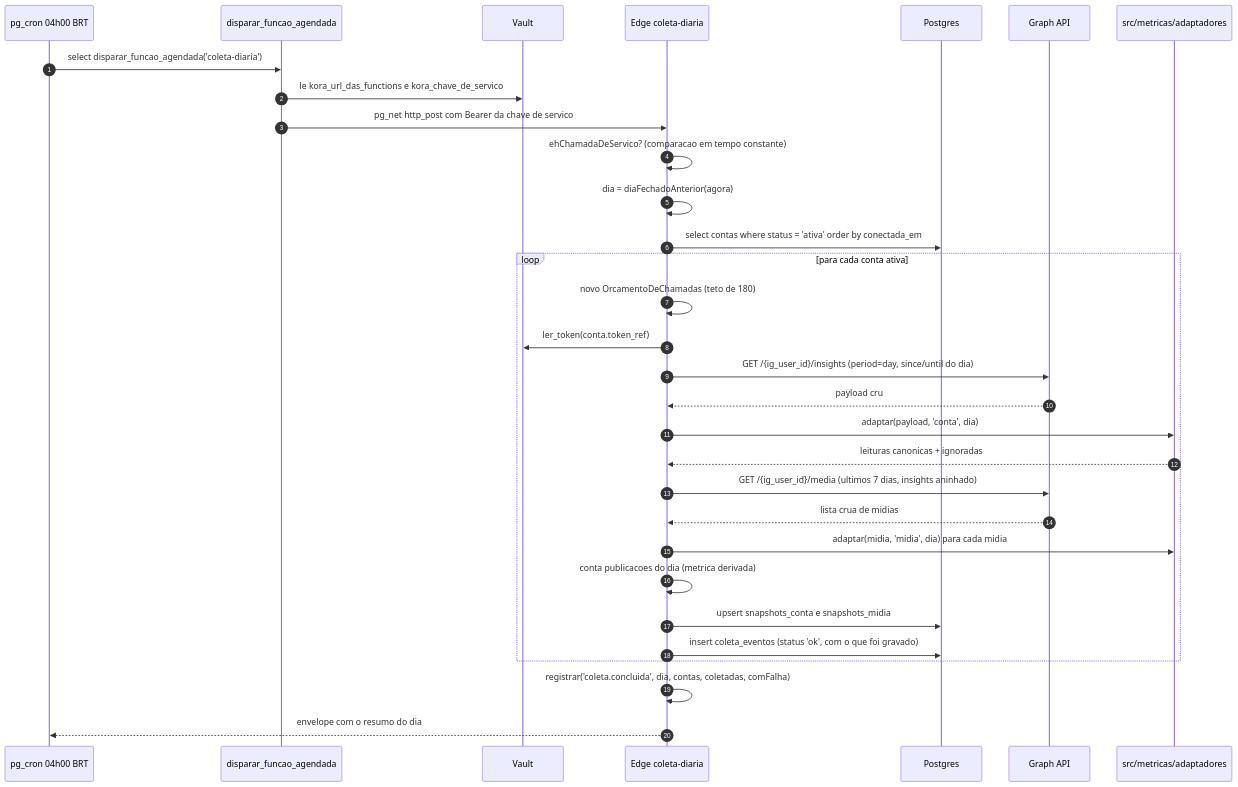
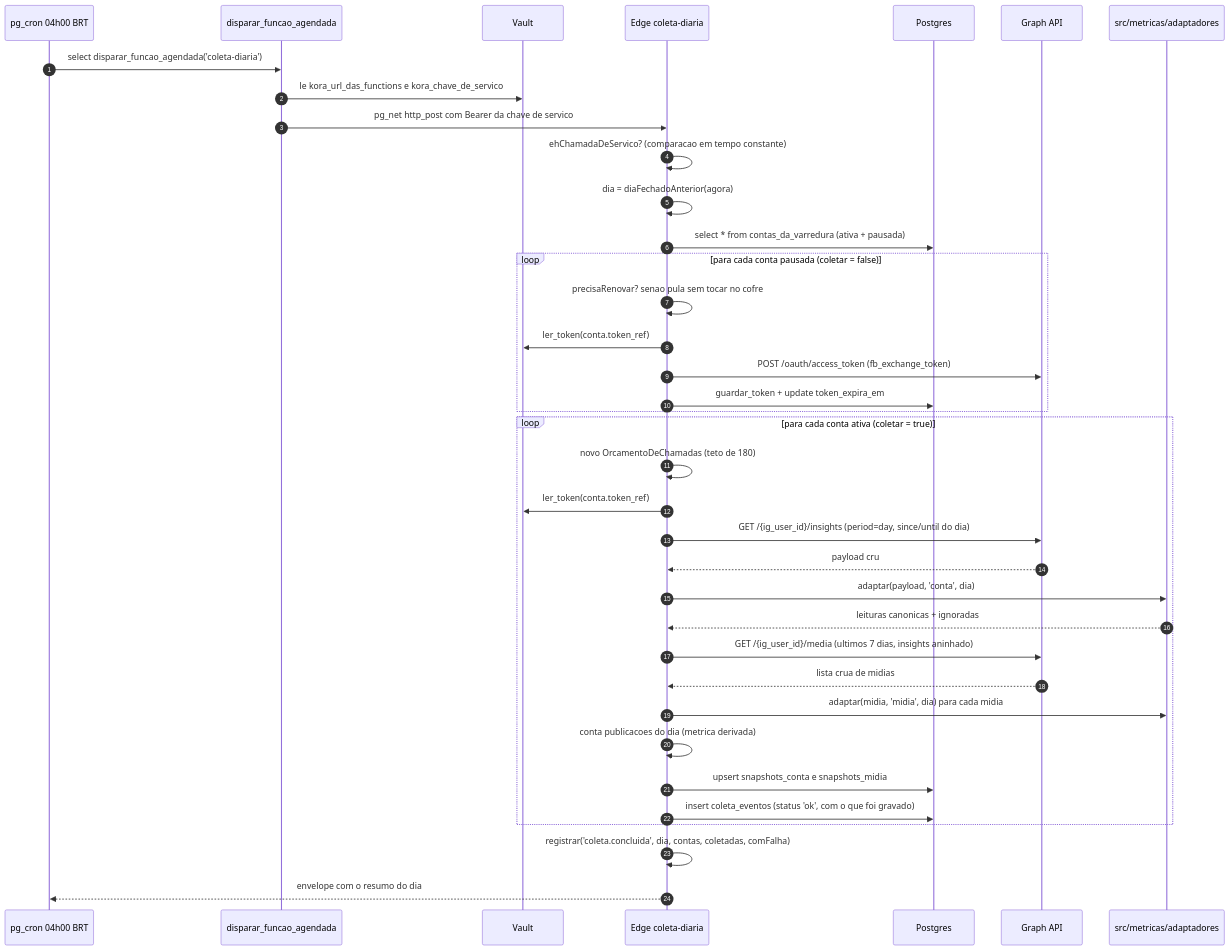
The first of 3 diagrams in docs/05_FLUXOS/fluxo-coleta.md (korabusinessnetwork/kora-insights), drawn with Mermaid before and after one commit. The commit also changed other lines of this file and 15 other files, not shown here.

````diff
--- a/docs/05_FLUXOS/fluxo-coleta.md
+++ b/docs/05_FLUXOS/fluxo-coleta.md
@@ -14,36 +14,43 @@
 ```mermaid
 sequenceDiagram
     autonumber
     participant Cron as pg_cron 04h00 BRT
     participant Disparo as disparar_funcao_agendada
     participant Vault
     participant Funcao as Edge coleta-diaria
     participant PG as Postgres
     participant Meta as Graph API
     participant Adaptador as src/metricas/adaptadores
 
     Cron->>Disparo: select disparar_funcao_agendada('coleta-diaria')
     Disparo->>Vault: le kora_url_das_functions e kora_chave_de_servico
     Disparo->>Funcao: pg_net http_post com Bearer da chave de servico
     Funcao->>Funcao: ehChamadaDeServico? (comparacao em tempo constante)
     Funcao->>Funcao: dia = diaFechadoAnterior(agora)
-    Funcao->>PG: select contas where status = 'ativa' order by conectada_em
+    Funcao->>PG: select * from contas_da_varredura (ativa + pausada)
 
-    loop para cada conta ativa
+    loop para cada conta pausada (coletar = false)
+        Funcao->>Funcao: precisaRenovar? senao pula sem tocar no cofre
+        Funcao->>Vault: ler_token(conta.token_ref)
+        Funcao->>Meta: POST /oauth/access_token (fb_exchange_token)
+        Funcao->>PG: guardar_token + update token_expira_em
+    end
+
+    loop para cada conta ativa (coletar = true)
         Funcao->>Funcao: novo OrcamentoDeChamadas (teto de 180)
         Funcao->>Vault: ler_token(conta.token_ref)
         Funcao->>Meta: GET /{ig_user_id}/insights (period=day, since/until do dia)
         Meta-->>Funcao: payload cru
         Funcao->>Adaptador: adaptar(payload, 'conta', dia)
         Adaptador-->>Funcao: leituras canonicas + ignoradas
         Funcao->>Meta: GET /{ig_user_id}/media (ultimos 7 dias, insights aninhado)
         Meta-->>Funcao: lista crua de midias
         Funcao->>Adaptador: adaptar(midia, 'midia', dia) para cada midia
         Funcao->>Funcao: conta publicacoes do dia (metrica derivada)
         Funcao->>PG: upsert snapshots_conta e snapshots_midia
         Funcao->>PG: insert coleta_eventos (status 'ok', com o que foi gravado)
     end
 
     Funcao->>Funcao: registrar('coleta.concluida', dia, contas, coletadas, comFalha)
     Funcao-->>Cron: envelope com o resumo do dia
 ```
````
